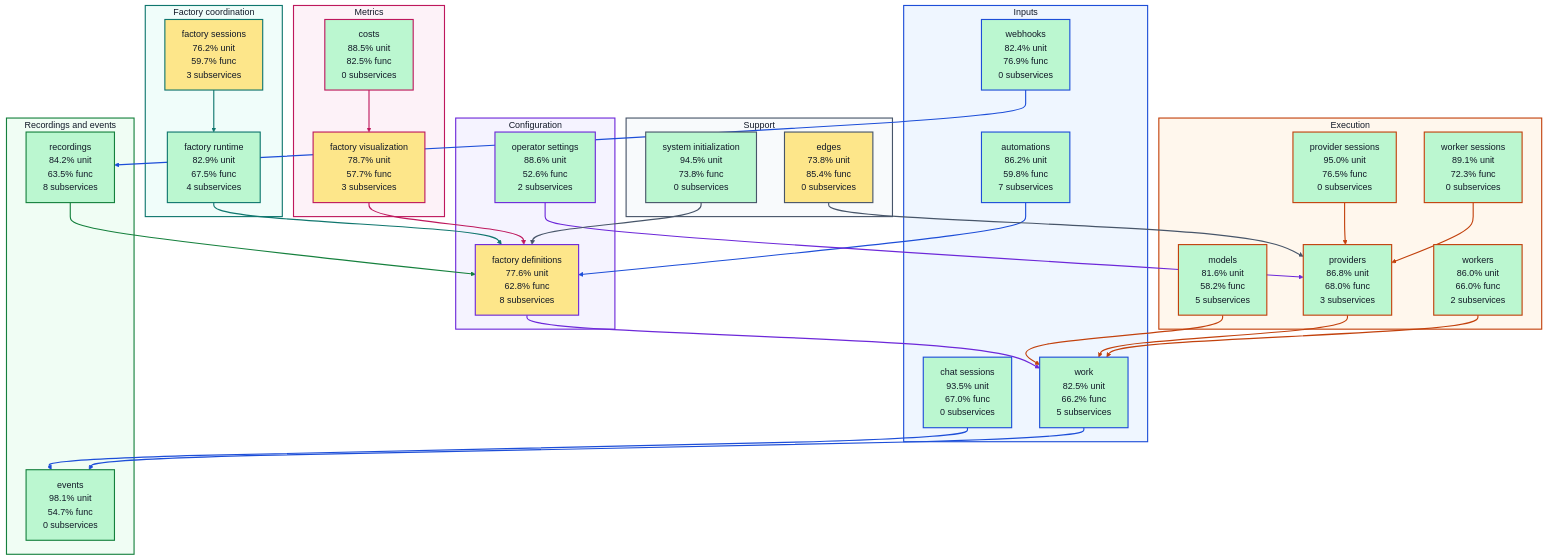
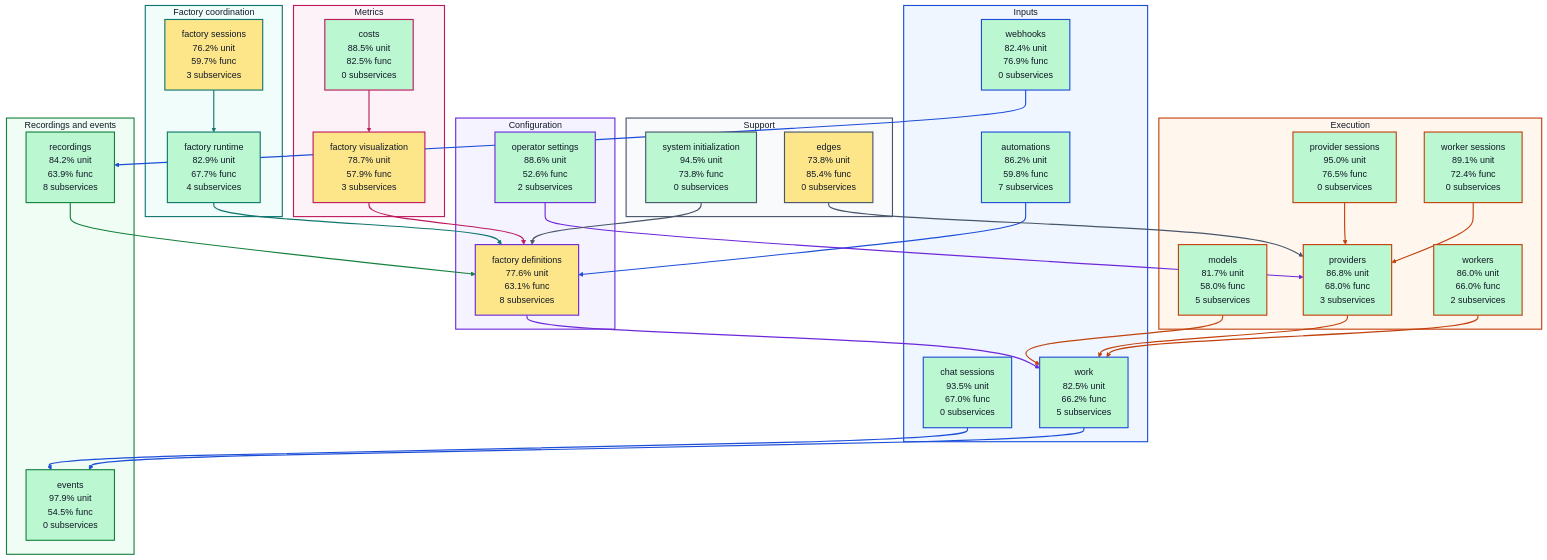
The diagram in docs/architecture/visualizations/high-level-test-coverage.md (portpowered/you-agent-factory), drawn with Mermaid before and after one commit. The commit also changed other lines of this file and 20 other files, not shown here.

Commit message:
docs: refresh backend architecture visualizations

```diff
--- a/docs/architecture/visualizations/high-level-test-coverage.md
+++ b/docs/architecture/visualizations/high-level-test-coverage.md
@@ -17,27 +17,27 @@
     s_services_work["work<br/>82.5% unit<br/>66.2% func<br/>5 subservices"]
   end
   subgraph configuration["Configuration"]
-    s_services_factory_definitions["factory definitions<br/>77.6% unit<br/>62.8% func<br/>8 subservices"]
+    s_services_factory_definitions["factory definitions<br/>77.6% unit<br/>63.1% func<br/>8 subservices"]
     s_services_operator_settings["operator settings<br/>88.6% unit<br/>52.6% func<br/>2 subservices"]
   end
   subgraph coordination["Factory coordination"]
-    s_services_factory_runtime["factory runtime<br/>82.9% unit<br/>67.5% func<br/>4 subservices"]
+    s_services_factory_runtime["factory runtime<br/>82.9% unit<br/>67.7% func<br/>4 subservices"]
     s_services_factory_sessions["factory sessions<br/>76.2% unit<br/>59.7% func<br/>3 subservices"]
   end
   subgraph execution["Execution"]
-    s_services_models["models<br/>81.6% unit<br/>58.2% func<br/>5 subservices"]
+    s_services_models["models<br/>81.7% unit<br/>58.0% func<br/>5 subservices"]
     s_services_provider_sessions["provider sessions<br/>95.0% unit<br/>76.5% func<br/>0 subservices"]
     s_services_providers["providers<br/>86.8% unit<br/>68.0% func<br/>3 subservices"]
-    s_services_worker_sessions["worker sessions<br/>89.1% unit<br/>72.3% func<br/>0 subservices"]
+    s_services_worker_sessions["worker sessions<br/>89.1% unit<br/>72.4% func<br/>0 subservices"]
     s_services_workers["workers<br/>86.0% unit<br/>66.0% func<br/>2 subservices"]
   end
   subgraph recordings["Recordings and events"]
-    s_services_events["events<br/>98.1% unit<br/>54.7% func<br/>0 subservices"]
-    s_services_recordings["recordings<br/>84.2% unit<br/>63.5% func<br/>8 subservices"]
+    s_services_events["events<br/>97.9% unit<br/>54.5% func<br/>0 subservices"]
+    s_services_recordings["recordings<br/>84.2% unit<br/>63.9% func<br/>8 subservices"]
   end
   subgraph metrics["Metrics"]
     s_services_costs["costs<br/>88.5% unit<br/>82.5% func<br/>0 subservices"]
-    s_services_factory_visualization["factory visualization<br/>78.7% unit<br/>57.7% func<br/>3 subservices"]
+    s_services_factory_visualization["factory visualization<br/>78.7% unit<br/>57.9% func<br/>3 subservices"]
   end
   subgraph support["Support"]
     s_services_edges["edges<br/>73.8% unit<br/>85.4% func<br/>0 subservices"]
```
